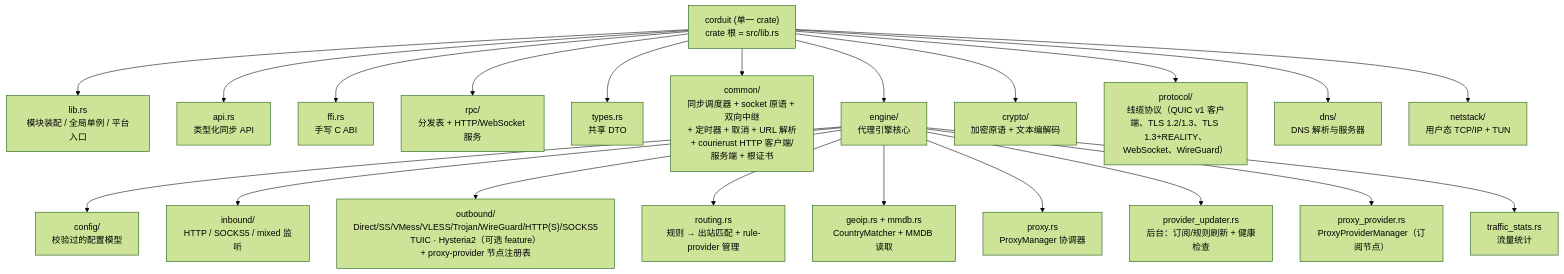
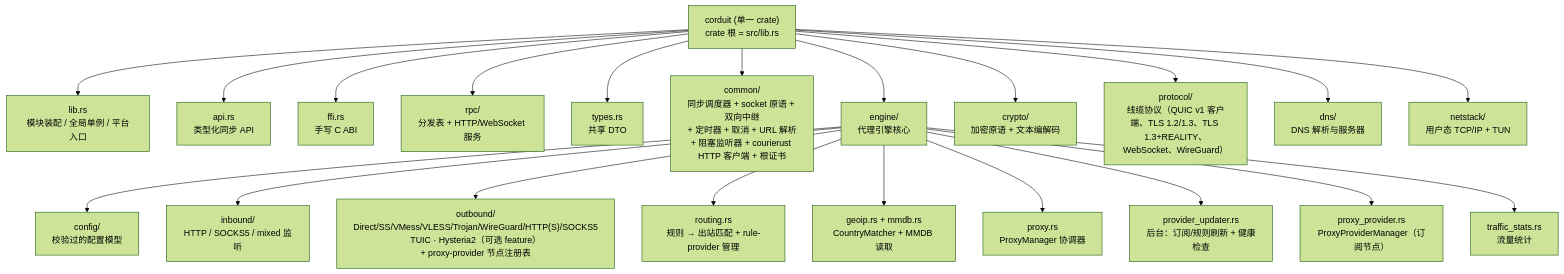
One commit to blueokanna/Corduit changed the first of 7 diagrams in wiki/Architecture.md. Above: the diagram before and after it, drawn with Mermaid (forest theme). The commit also changed 54 other files, not shown here.

````diff
--- a/wiki/Architecture.md
+++ b/wiki/Architecture.md
@@ -7,26 +7,26 @@
 ```mermaid
 flowchart TB
     ROOT["corduit (单一 crate)<br/>crate 根 = src/lib.rs"]
 
     ROOT --> LIB["lib.rs<br/>模块装配 / 全局单例 / 平台入口"]
     ROOT --> API["api.rs<br/>类型化同步 API"]
     ROOT --> FFI["ffi.rs<br/>手写 C ABI"]
     ROOT --> RPC["rpc/<br/>分发表 + HTTP/WebSocket 服务"]
     ROOT --> TYPES["types.rs<br/>共享 DTO"]
-    ROOT --> COMMON["common/<br/>同步调度器 + socket 原语 + 双向中继<br/>+ 定时器 + 取消 + URL 解析<br/>+ courierust HTTP 客户端/服务端 + 根证书"]
+    ROOT --> COMMON["common/<br/>同步调度器 + socket 原语 + 双向中继<br/>+ 定时器 + 取消 + URL 解析<br/>+ 阻塞监听器 + courierust HTTP 客户端 + 根证书"]
     ROOT --> ENGINE["engine/<br/>代理引擎核心"]
     ROOT --> CRYPTO["crypto/<br/>加密原语 + 文本编解码"]
     ROOT --> PROTOCOL["protocol/<br/>线缆协议（QUIC v1 客户端、TLS 1.2/1.3、TLS 1.3+REALITY、WebSocket、WireGuard）"]
     ROOT --> DNS["dns/<br/>DNS 解析与服务器"]
     ROOT --> NETSTACK["netstack/<br/>用户态 TCP/IP + TUN"]
 
     ENGINE --> EC["config/<br/>校验过的配置模型"]
     ENGINE --> EI["inbound/<br/>HTTP / SOCKS5 / mixed 监听"]
     ENGINE --> EO["outbound/<br/>Direct/SS/VMess/VLESS/Trojan/WireGuard/HTTP(S)/SOCKS5<br/>TUIC · Hysteria2（可选 feature）<br/>+ proxy-provider 节点注册表"]
     ENGINE --> ER["routing.rs<br/>规则 → 出站匹配 + rule-provider 管理"]
     ENGINE --> EG["geoip.rs + mmdb.rs<br/>CountryMatcher + MMDB 读取"]
     ENGINE --> EP["proxy.rs<br/>ProxyManager 协调器"]
     ENGINE --> EU["provider_updater.rs<br/>后台：订阅/规则刷新 + 健康检查"]
     ENGINE --> EPP["proxy_provider.rs<br/>ProxyProviderManager（订阅节点）"]
     ENGINE --> ET["traffic_stats.rs<br/>流量统计"]
 ```
````
